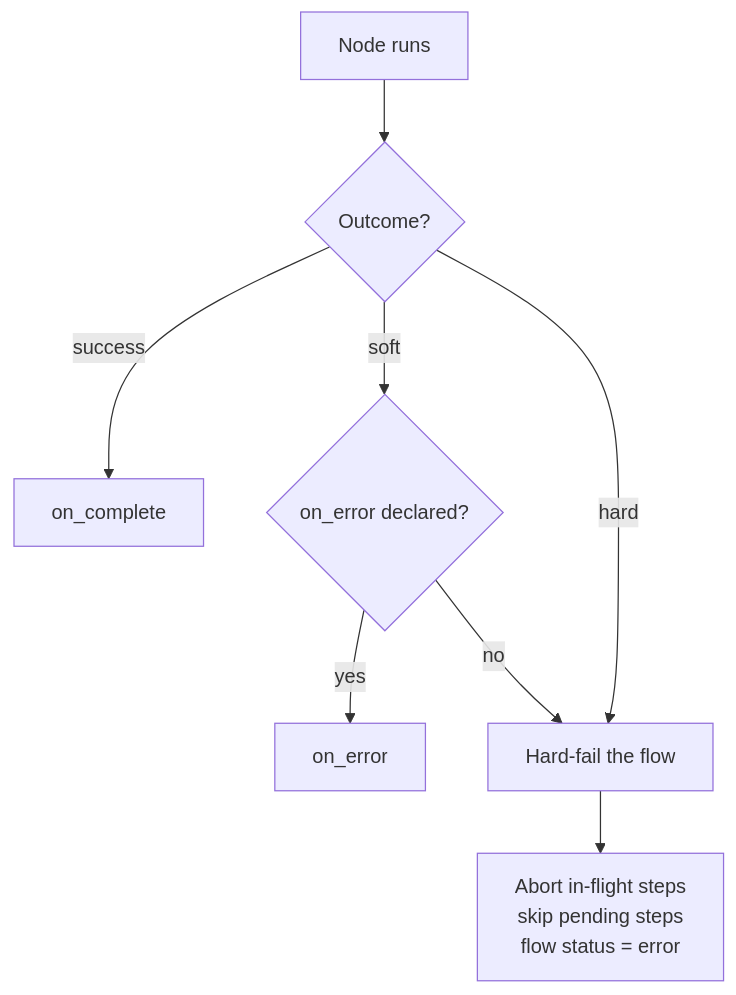
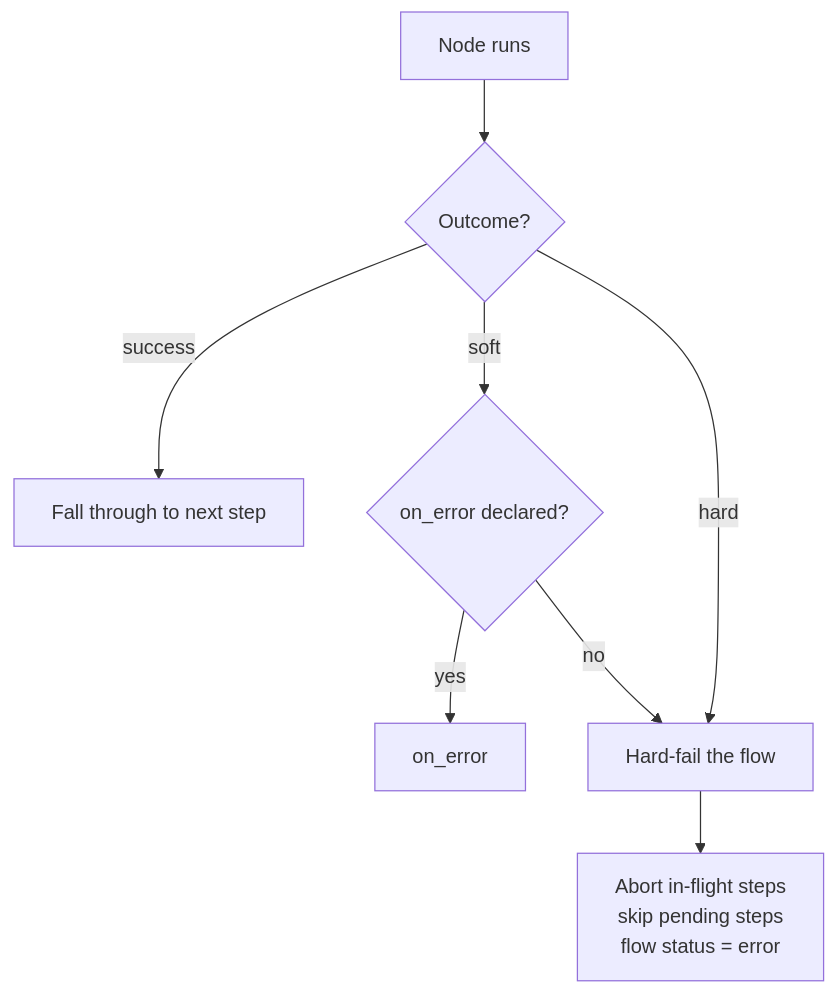
One commit to BlackBeltTechnology/pi-flows changed the first of 2 diagrams in docs/flows.md. Above: the diagram before and after it, drawn with Mermaid. The commit also changed other lines of this file and 26 other files, not shown here.

First line of the commit message:
feat(flow-engine)!: remove on_complete routing

````diff
--- a/docs/flows.md
+++ b/docs/flows.md
@@ -423,10 +421,10 @@
 ```mermaid
 flowchart TD
   N[Node runs] --> O{Outcome?}
-  O -->|success| C[on_complete]
+  O -->|success| C[Fall through to next step]
   O -->|soft| E{on_error declared?}
   E -->|yes| H[on_error]
   E -->|no| HF[Hard-fail the flow]
   O -->|hard| HF
   HF --> A[Abort in-flight steps<br/>skip pending steps<br/>flow status = error]
 ```
````
